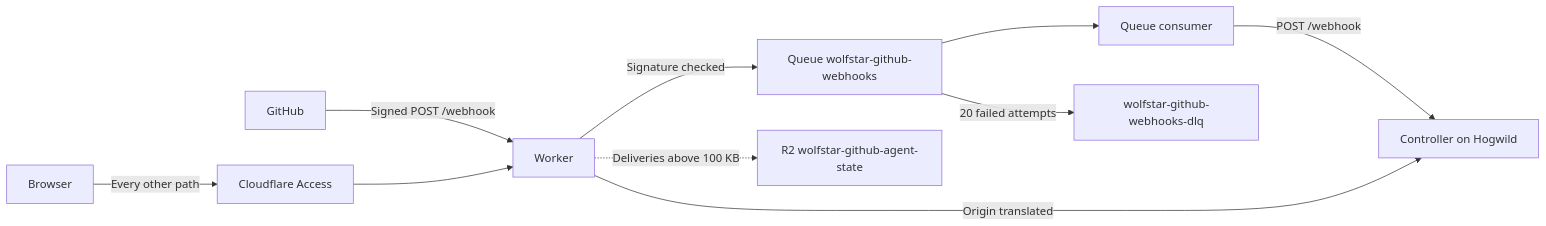
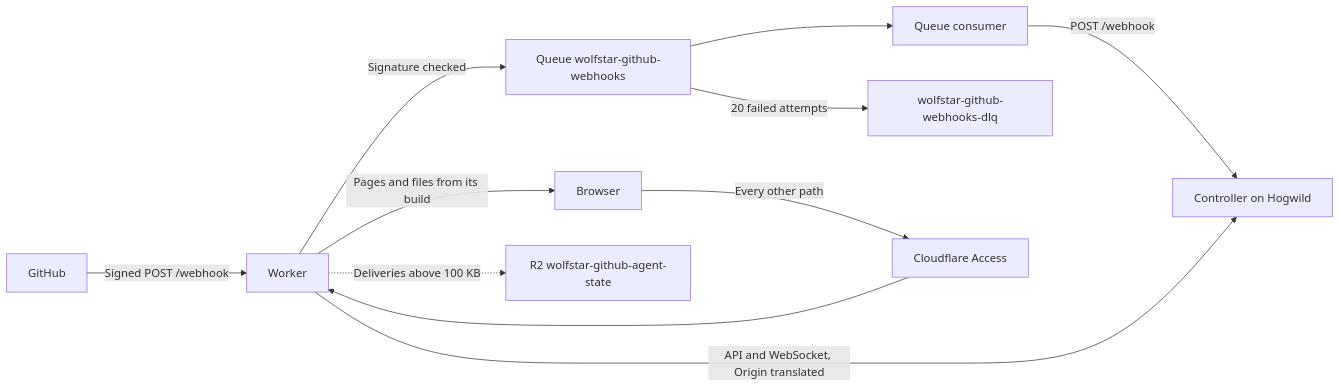
Before and after one commit to wolfstar-project/wolfstar-agent-kit: the diagram in packages/wolfstar-github-edge/README.md, drawn with Mermaid. The commit also changed other lines of this file and 13 other files, not shown here.

Commit message:
feat(edge): serve the dashboard pages from the Worker (#27)

````diff
--- a/packages/wolfstar-github-edge/README.md
+++ b/packages/wolfstar-github-edge/README.md
@@ -5,12 +5,13 @@
 ```mermaid
 flowchart LR
     GitHub -->|Signed POST /webhook| Worker
     Worker -->|Signature checked| Queue[Queue wolfstar-github-webhooks]
     Queue --> Consumer[Queue consumer]
     Consumer -->|POST /webhook| Controller[Controller on Hogwild]
     Queue -->|20 failed attempts| DLQ[wolfstar-github-webhooks-dlq]
     Browser -->|Every other path| Access[Cloudflare Access]
     Access --> Worker
-    Worker -->|Origin translated| Controller
+    Worker -->|Pages and files from its build| Browser
+    Worker -->|API and WebSocket, Origin translated| Controller
     Worker -.->|Deliveries above 100 KB| R2[R2 wolfstar-github-agent-state]
 ```
````
